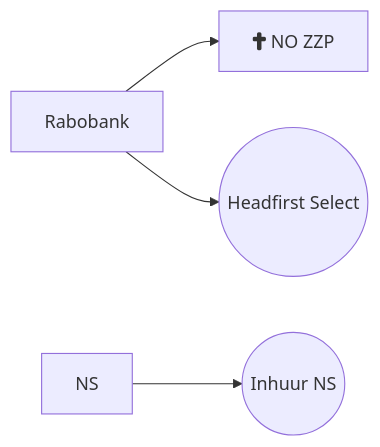
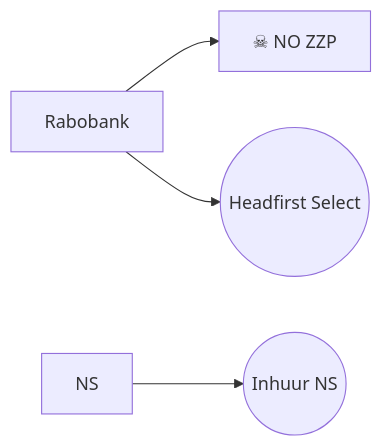
Before and after one commit to bneijt/zzp_inhuur_diagram: the second of 2 diagrams in README.md, drawn with Mermaid.

````diff
--- a/README.md
+++ b/README.md
@@ -16,15 +16,15 @@
 ```mermaid
 flowchart LR
-    state_no_zzp["fa:fa-cross NO ZZP"]
+    state_no_zzp["☠ NO ZZP"]
     klant_rabobank["Rabobank"]
     klant_ns["NS"]
 
     das_headfirst_select((Headfirst Select))
     das_ns(("Inhuur NS"))
     click das_ns "https://inhuur-ns.my.site.com/" "https://inhuur-ns.my.site.com/"
 
     klant_rabobank --> state_no_zzp
     klant_rabobank --> das_headfirst_select
 
     klant_ns --> das_ns
 ```
````
